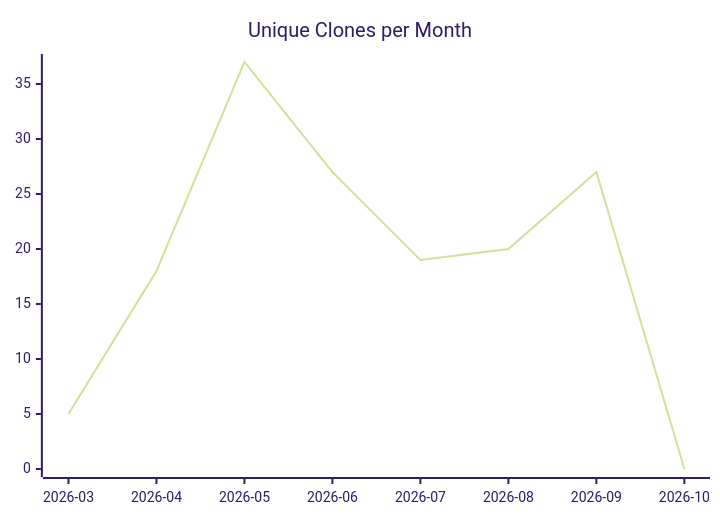
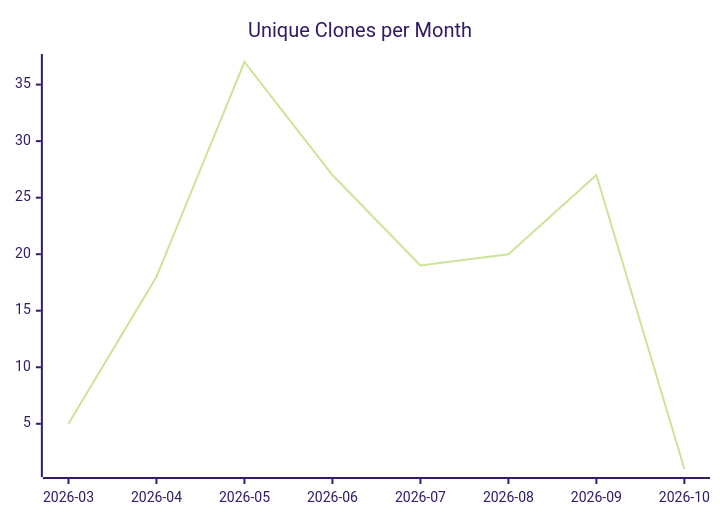
One commit to justdavis-family/github-analytics-data changed the third of 3 diagrams in karlmdavis/obsidian-operator/README.md. Above: the diagram before and after it, drawn with Mermaid (forest theme). The commit also changed other lines of this file and 200 other files, not shown here.

````diff
--- a/karlmdavis/obsidian-operator/README.md
+++ b/karlmdavis/obsidian-operator/README.md
@@ -19,6 +19,6 @@
 ```mermaid
 xychart-beta
   title "Unique Clones per Month"
   x-axis ["2026-03", "2026-04", "2026-05", "2026-06", "2026-07", "2026-08", "2026-09", "2026-10"]
-  line [5, 18, 37, 27, 19, 20, 27, 0]
+  line [5, 18, 37, 27, 19, 20, 27, 1]
 ```
````
